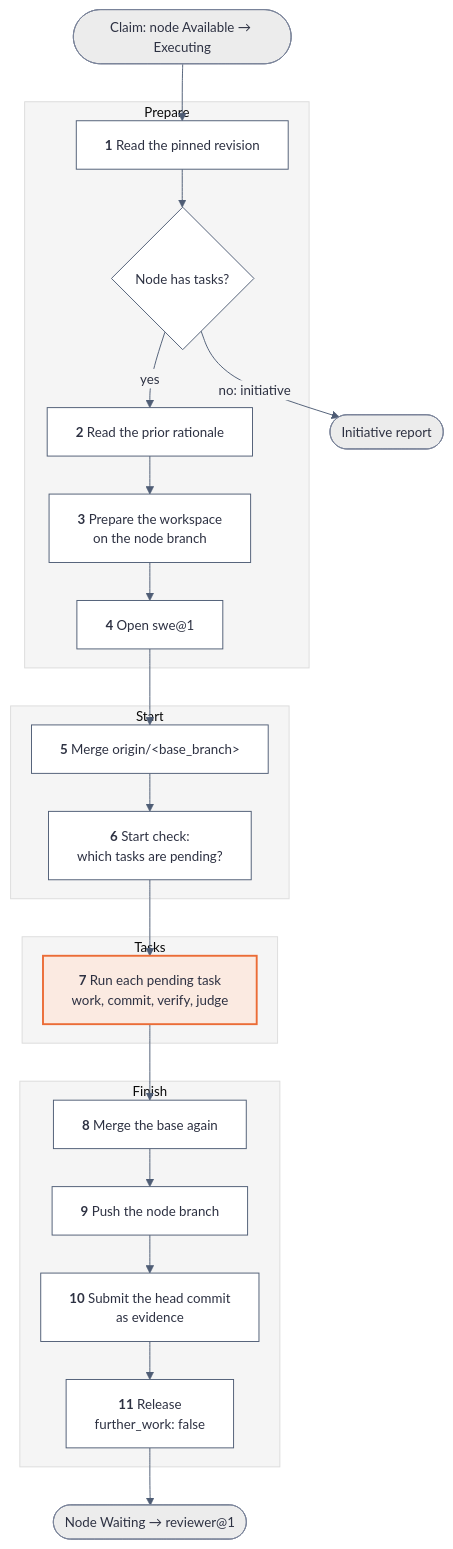
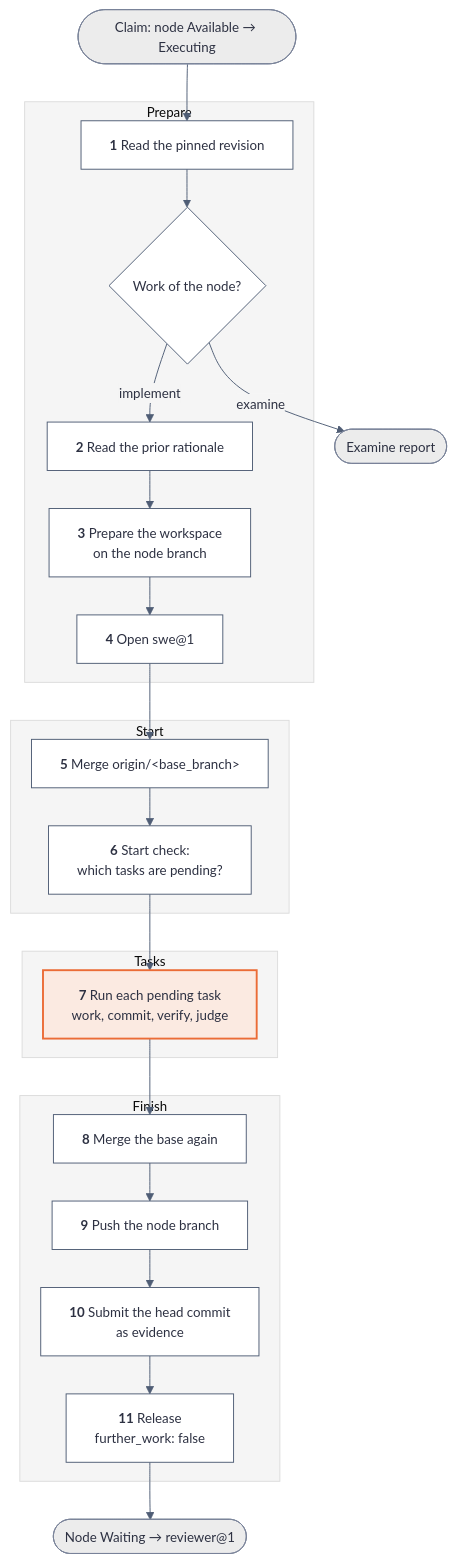
The first of 4 diagrams in docs/explanation/coder-worker.md (kanthorlabs/kanthord), drawn with Mermaid before and after one commit. The commit also changed other lines of this file and 1 other file, not shown here.

Commit message:
docs(explanation): describe the life of an implement node and an examine node

````diff
--- a/docs/explanation/coder-worker.md
+++ b/docs/explanation/coder-worker.md
@@ -52,35 +52,35 @@
 ```mermaid
 %%{init: {"theme": "base", "themeVariables": {"background": "#f5f5f5", "primaryColor": "#ffffff", "primaryTextColor": "#2d3142", "primaryBorderColor": "#4f5d75", "secondaryColor": "#ececec", "tertiaryColor": "#f5f5f5", "lineColor": "#4f5d75", "edgeLabelBackground": "#f5f5f5", "fontFamily": "system-ui, sans-serif", "fontSize": "14px"}, "flowchart": {"htmlLabels": true, "useMaxWidth": false, "nodeSpacing": 24, "rankSpacing": 40}}}%%
 flowchart TB
     accTitle: The coder@1 execution in 11 steps
     accDescr: Four phases. Prepare reads the revision and the prior rationale, prepares the workspace and opens swe@1. Start merges the base branch and checks every task. Tasks runs each pending task. Finish merges the base branch again, pushes, submits the head commit and releases the node to Waiting.
     claim(["Claim: node Available → Executing"]) --> s1
     subgraph prepare ["Prepare"]
-        s1["<b>1</b> Read the pinned revision"] --> kind{"Node has tasks?"}
-        kind -- yes --> s2["<b>2</b> Read the prior rationale"]
+        s1["<b>1</b> Read the pinned revision"] --> kind{"Work of the node?"}
+        kind -- implement --> s2["<b>2</b> Read the prior rationale"]
         s2 --> s3["<b>3</b> Prepare the workspace<br/>on the node branch"]
         s3 --> s4["<b>4</b> Open swe@1"]
     end
-    kind -- "no: initiative" --> report(["Initiative report"])
+    kind -- examine --> report(["Examine report"])
     subgraph start ["Start"]
         s5["<b>5</b> Merge origin/&lt;base_branch&gt;"]
         s5 --> s6["<b>6</b> Start check:<br/>which tasks are pending?"]
     end
     s4 --> s5
     subgraph tasks ["Tasks"]
         s7["<b>7</b> Run each pending task<br/>work, commit, verify, judge"]
     end
     s6 --> s7
     subgraph finish ["Finish"]
         s8["<b>8</b> Merge the base again"]
         s8 --> s9["<b>9</b> Push the node branch"]
         s9 --> s10["<b>10</b> Submit the head commit<br/>as evidence"]
         s10 --> s11["<b>11</b> Release<br/>further_work: false"]
     end
     s7 --> s8
     s11 --> waiting(["Node Waiting → reviewer@1"])
     classDef focal fill:#fbeae1,stroke:#eb6c36,color:#2d3142,stroke-width:2px;
     classDef outcome fill:#ececec,stroke:#7a8399,color:#2d3142;
     class s7 focal;
     class claim,report,waiting outcome;
 ```
````
